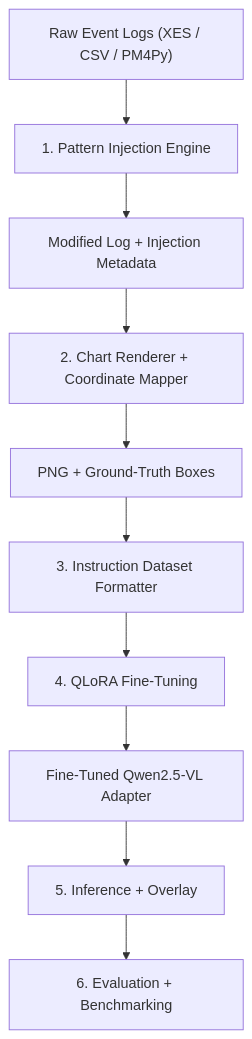
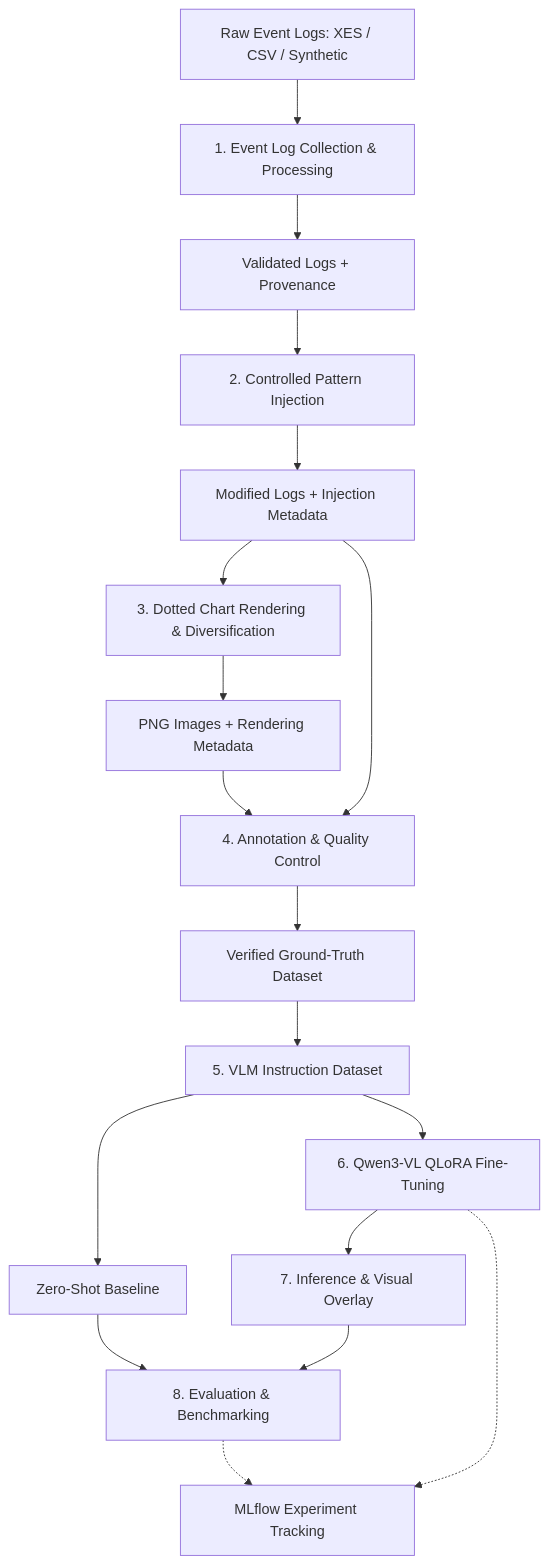
Before and after one commit to MyyKii/vlm-for-dotted-charts: the diagram in docs/blueprint.md, drawn with Mermaid. The commit also changed other lines of this file and 4 other files, not shown here.

````diff
--- a/docs/blueprint.md
+++ b/docs/blueprint.md
@@ -50,12 +124,20 @@
 ```mermaid
 flowchart TD
-    A["Raw Event Logs (XES / CSV / PM4Py)"] --> B["1. Pattern Injection Engine"]
-    B --> C["Modified Log + Injection Metadata"]
-    C --> D["2. Chart Renderer + Coordinate Mapper"]
-    D --> E["PNG + Ground-Truth Boxes"]
-    E --> F["3. Instruction Dataset Formatter"]
-    F --> G["4. QLoRA Fine-Tuning"]
-    G --> H["Fine-Tuned Qwen2.5-VL Adapter"]
-    H --> I["5. Inference + Overlay"]
-    I --> J["6. Evaluation + Benchmarking"]
+    A["Raw Event Logs: XES / CSV / Synthetic"] --> B["1. Event Log Collection & Processing"]
+    B --> C["Validated Logs + Provenance"]
+    C --> D["2. Controlled Pattern Injection"]
+    D --> E["Modified Logs + Injection Metadata"]
+    E --> F["3. Dotted Chart Rendering & Diversification"]
+    F --> G["PNG Images + Rendering Metadata"]
+    G --> H["4. Annotation & Quality Control"]
+    E --> H
+    H --> I["Verified Ground-Truth Dataset"]
+    I --> J["5. VLM Instruction Dataset"]
+    J --> K["Zero-Shot Baseline"]
+    J --> L["6. Qwen3-VL QLoRA Fine-Tuning"]
+    L --> M["7. Inference & Visual Overlay"]
+    K --> N["8. Evaluation & Benchmarking"]
+    M --> N
+    L -.-> O["MLflow Experiment Tracking"]
+    N -.-> O
 ```
````
